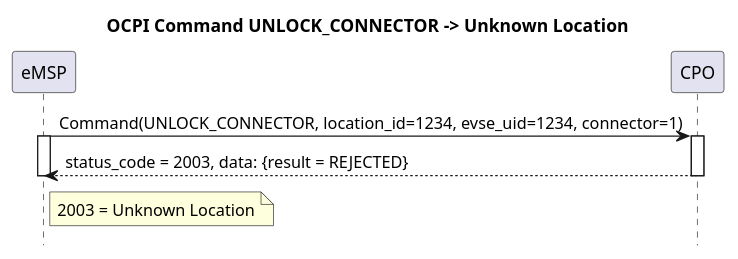
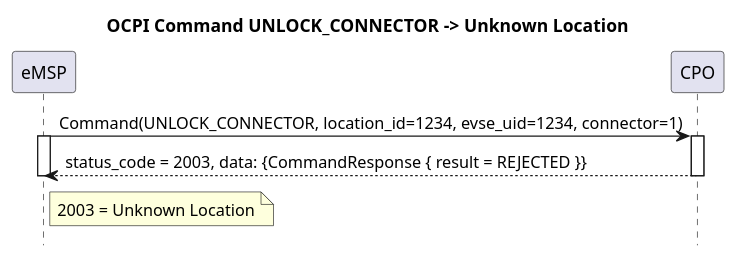
One commit to ocpi/ocpi changed the diagram in plantuml/command_unlock_unknow_location.plantuml. Above: the diagram before and after it, drawn with PlantUML. The commit also changed 11 other files, not shown here.

Commit message:
Improved command module, added CommandResponse, added messages to both CommandResponse and CommandResult

```diff
--- a/plantuml/command_unlock_unknow_location.plantuml
+++ b/plantuml/command_unlock_unknow_location.plantuml
@@ -1,20 +1,20 @@
 @startuml
 title OCPI Command UNLOCK_CONNECTOR -> Unknown Location
 hide footbox
 
 participant eMSP
 participant CPO
 
 
 eMSP ->  CPO:  Command(UNLOCK_CONNECTOR, location_id=1234, evse_uid=1234, connector=1)
 activate eMSP
 activate CPO
-CPO  --> eMSP: status_code = 2003, data: {result = REJECTED}
+CPO  --> eMSP: status_code = 2003, data: {CommandResponse { result = REJECTED }}
 
 note right of eMSP
 2003 = Unknown Location
 end note
 
 deactivate CPO
 deactivate eMSP
 @enduml
```
